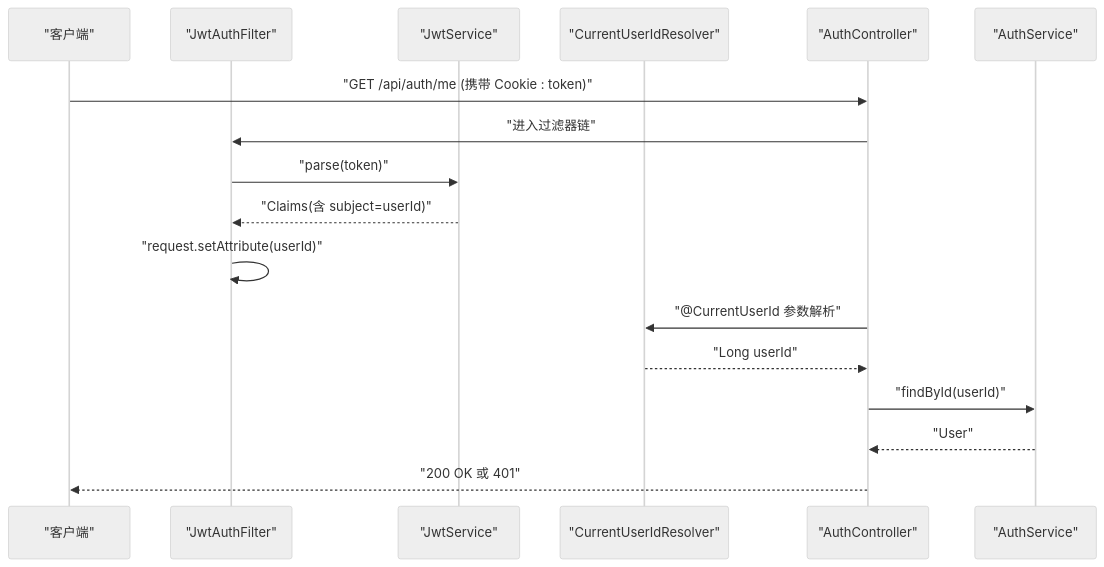
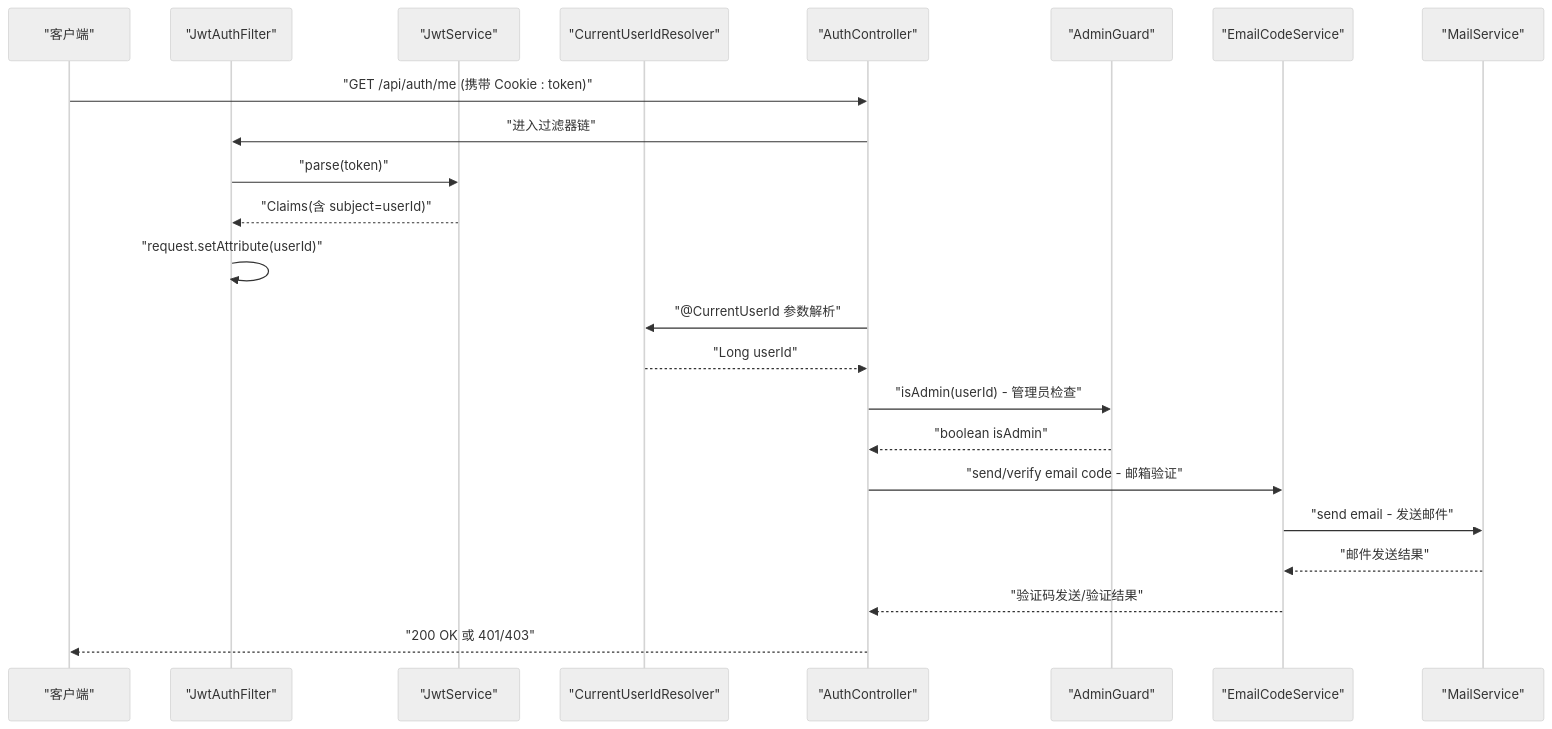
One commit to huangman881112/aiforip changed the second of 6 diagrams in .qoder/repowiki/zh/content/安全与认证/安全与认证.md. Above: the diagram before and after it, drawn with Mermaid (neutral theme). The commit also changed other lines of this file and 98 other files, not shown here.

````diff
--- a/.qoder/repowiki/zh/content/安全与认证/安全与认证.md
+++ b/.qoder/repowiki/zh/content/安全与认证/安全与认证.md
@@ -91,19 +120,25 @@
 ```mermaid
 sequenceDiagram
 participant C as "客户端"
 participant F as "JwtAuthFilter"
 participant S as "JwtService"
 participant R as "CurrentUserIdResolver"
 participant A as "AuthController"
-participant B as "AuthService"
+participant AG as "AdminGuard"
+participant E as "EmailCodeService"
+participant M as "MailService"
 C->>A : "GET /api/auth/me (携带 Cookie : token)"
 A->>F : "进入过滤器链"
 F->>S : "parse(token)"
 S-->>F : "Claims(含 subject=userId)"
 F->>F : "request.setAttribute(userId)"
 A->>R : "@CurrentUserId 参数解析"
 R-->>A : "Long userId"
-A->>B : "findById(userId)"
-B-->>A : "User"
-A-->>C : "200 OK 或 401"
+A->>AG : "isAdmin(userId) - 管理员检查"
+AG-->>A : "boolean isAdmin"
+A->>E : "send/verify email code - 邮箱验证"
+E->>M : "send email - 发送邮件"
+M-->>E : "邮件发送结果"
+E-->>A : "验证码发送/验证结果"
+A-->>C : "200 OK 或 401/403"
 ```
````
